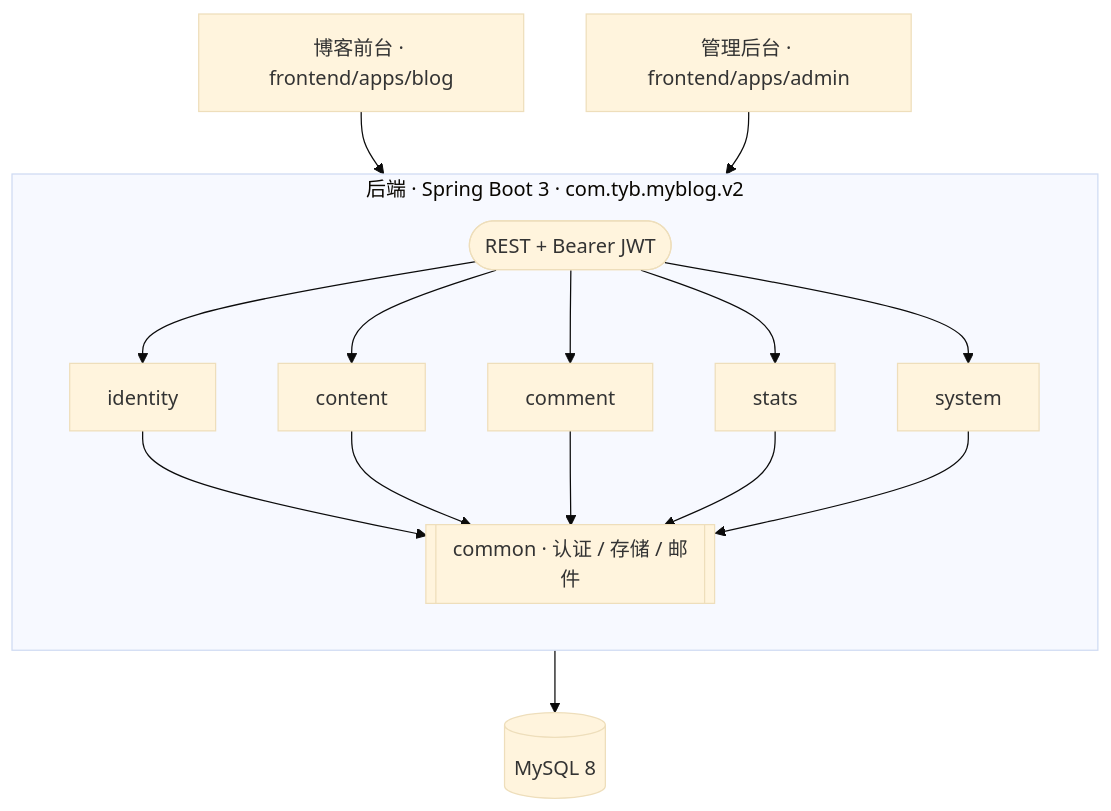
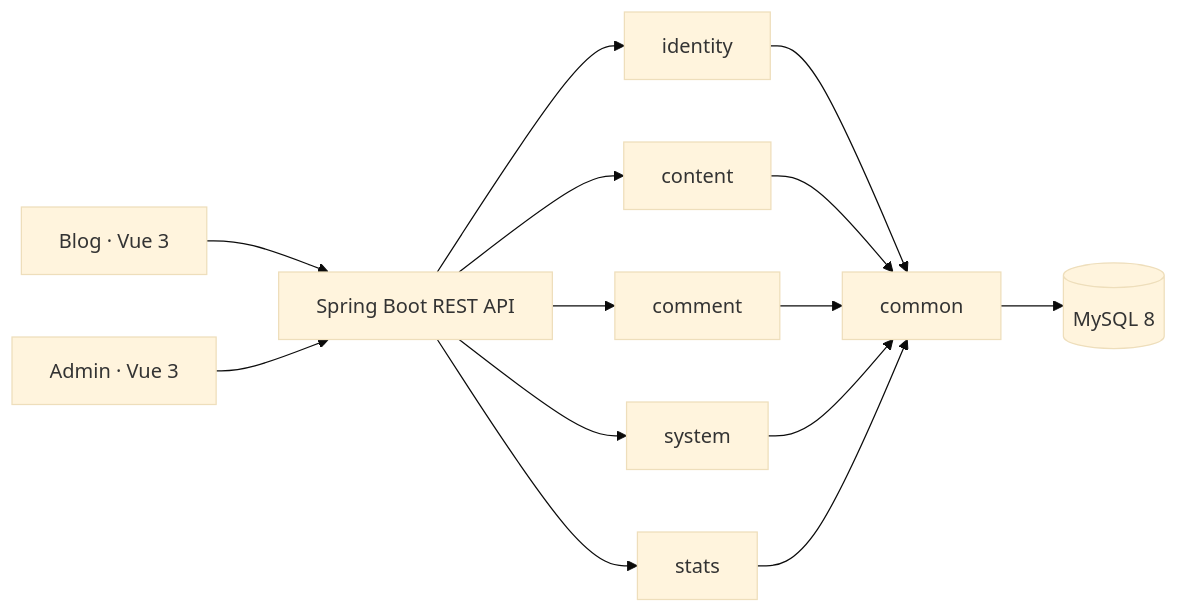
Before and after one commit to tongchang01/My-Blog: the diagram in README.md, drawn with Mermaid (base theme). The commit also changed other lines of this file and 6 other files, not shown here.

````diff
--- a/README.md
+++ b/README.md
@@ -62,38 +25,16 @@
 ```mermaid
-flowchart TB
-  Blog["博客前台 · frontend/apps/blog"]
-  Admin["管理后台 · frontend/apps/admin"]
-
-
-
-  subgraph BE ["后端 · Spring Boot 3 · com.tyb.myblog.v2"]
-    direction TB
-    API(["REST + Bearer JWT"])
-    Identity[identity]
-    Content[content]
-    Comment[comment]
-    Stats[stats]
-    System[system]
-    Common[["common · 认证 / 存储 / 邮件"]]
-    API --> Identity
-    API --> Content
-    API --> Comment
-    API --> Stats
-    API --> System
-    Identity --> Common
-    Content --> Common
-    Comment --> Common
-    Stats --> Common
-    System --> Common
-  end
-
-
-
-  DB[("MySQL 8")]
-
-
-
-  Blog --> API
-  Admin --> API
-  Common --> DB
+flowchart LR
+  Blog["Blog · Vue 3"] --> API["Spring Boot REST API"]
+  Admin["Admin · Vue 3"] --> API
+  API --> Identity["identity"]
+  API --> Content["content"]
+  API --> Comment["comment"]
+  API --> System["system"]
+  API --> Stats["stats"]
+  Identity --> Common["common"]
+  Content --> Common
+  Comment --> Common
+  System --> Common
+  Stats --> Common
+  Common --> DB[("MySQL 8")]
 ```
````
